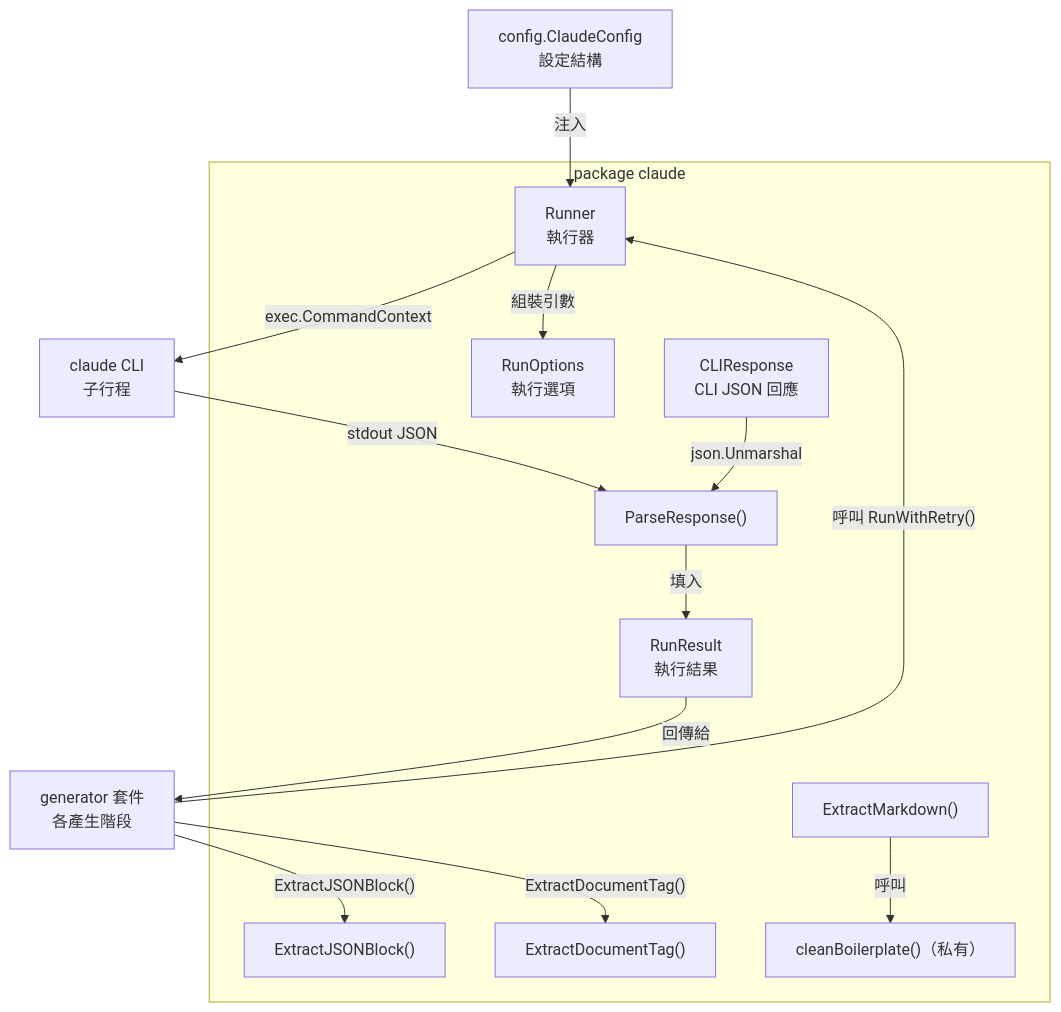
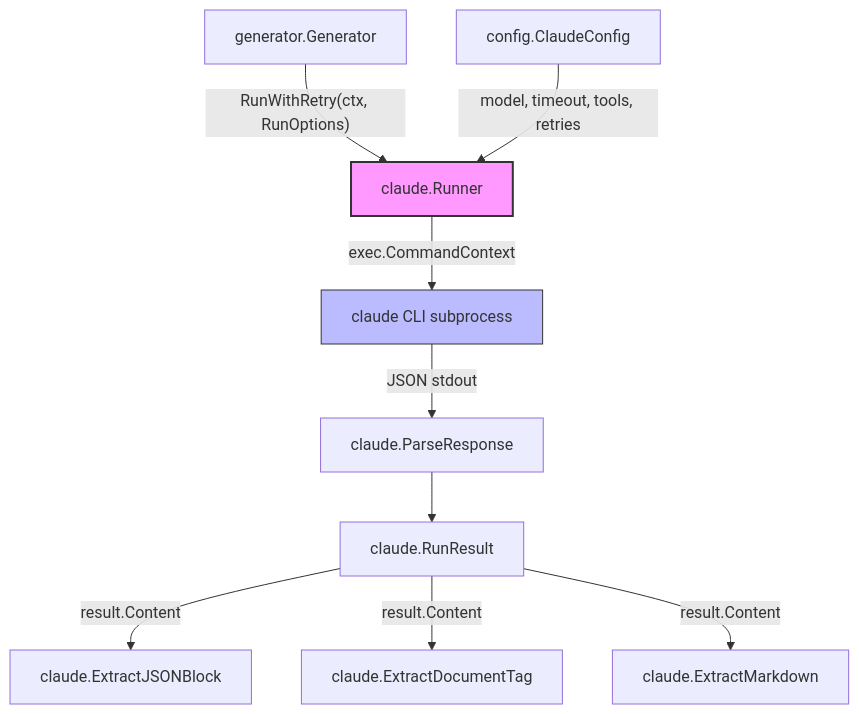
The first of 2 diagrams in docs/core-modules/claude-runner/index.md (monkenWu/selfmd-claude-code), drawn with Mermaid before and after one commit. The commit also changed other lines of this file and 145 other files, not shown here.

````diff
--- a/docs/core-modules/claude-runner/index.md
+++ b/docs/core-modules/claude-runner/index.md
@@ -21,30 +19,16 @@
 ```mermaid
 flowchart TD
-    subgraph claude_pkg["package claude"]
-        Runner["Runner\n執行器"]
-        RunOptions["RunOptions\n執行選項"]
-        RunResult["RunResult\n執行結果"]
-        CLIResponse["CLIResponse\nCLI JSON 回應"]
-        ParseResponse["ParseResponse()"]
-        ExtractJSONBlock["ExtractJSONBlock()"]
-        ExtractMarkdown["ExtractMarkdown()"]
-        ExtractDocumentTag["ExtractDocumentTag()"]
-        cleanBoilerplate["cleanBoilerplate()（私有）"]
-    end
+    Generator["generator.Generator"] -->|"RunWithRetry(ctx, RunOptions)"| Runner["claude.Runner"]
+    Runner -->|"exec.CommandContext"| CLI["claude CLI subprocess"]
+    CLI -->|"JSON stdout"| ParseResponse["claude.ParseResponse"]
+    ParseResponse --> RunResult["claude.RunResult"]
 
-    ClaudeConfig["config.ClaudeConfig\n設定結構"]
-    ClaudeCLI["claude CLI\n子行程"]
-    GeneratorPkg["generator 套件\n各產生階段"]
+    RunResult -->|"result.Content"| ExtractJSON["claude.ExtractJSONBlock"]
+    RunResult -->|"result.Content"| ExtractDoc["claude.ExtractDocumentTag"]
+    RunResult -->|"result.Content"| ExtractMD["claude.ExtractMarkdown"]
 
-    ClaudeConfig -->|"注入"| Runner
-    GeneratorPkg -->|"呼叫 RunWithRetry()"| Runner
-    Runner -->|"組裝引數"| RunOptions
-    Runner -->|"exec.CommandContext"| ClaudeCLI
-    ClaudeCLI -->|"stdout JSON"| ParseResponse
-    ParseResponse -->|"填入"| RunResult
-    RunResult -->|"回傳給"| GeneratorPkg
-    GeneratorPkg -->|"ExtractJSONBlock()"| ExtractJSONBlock
-    GeneratorPkg -->|"ExtractDocumentTag()"| ExtractDocumentTag
-    ExtractMarkdown -->|"呼叫"| cleanBoilerplate
-    CLIResponse -->|"json.Unmarshal"| ParseResponse
+    Config["config.ClaudeConfig"] -->|"model, timeout, tools, retries"| Runner
+
+    style Runner fill:#f9f,stroke:#333,stroke-width:2px
+    style CLI fill:#bbf,stroke:#333
 ```
````
